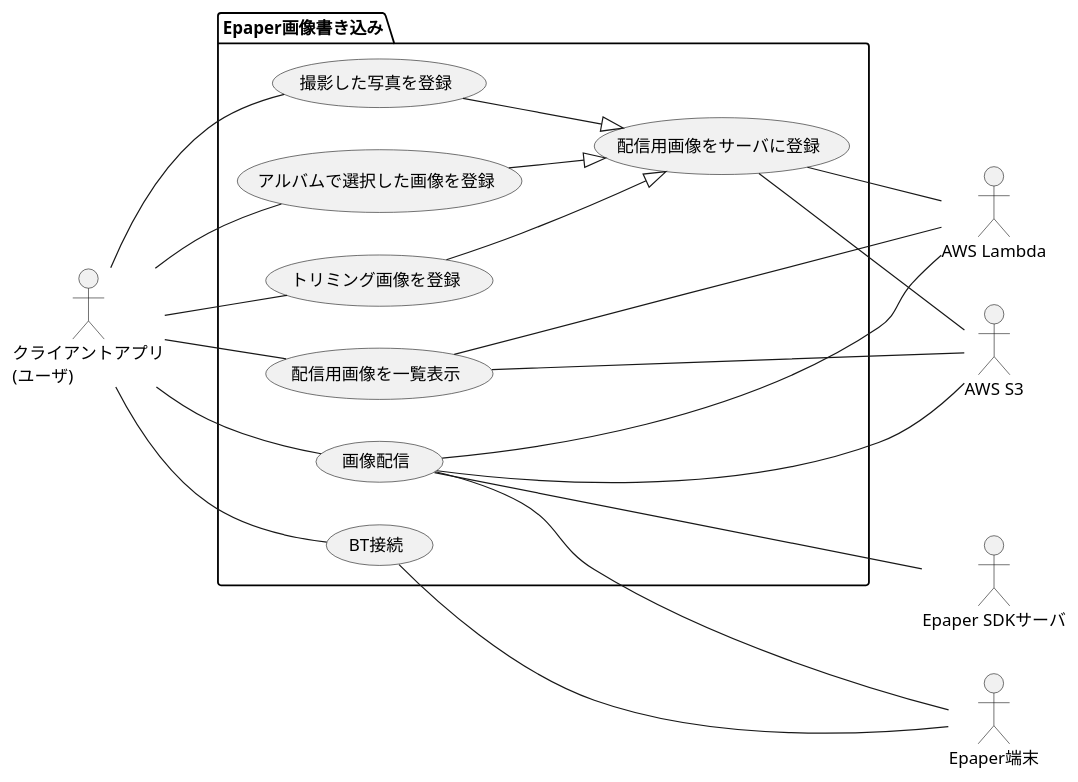
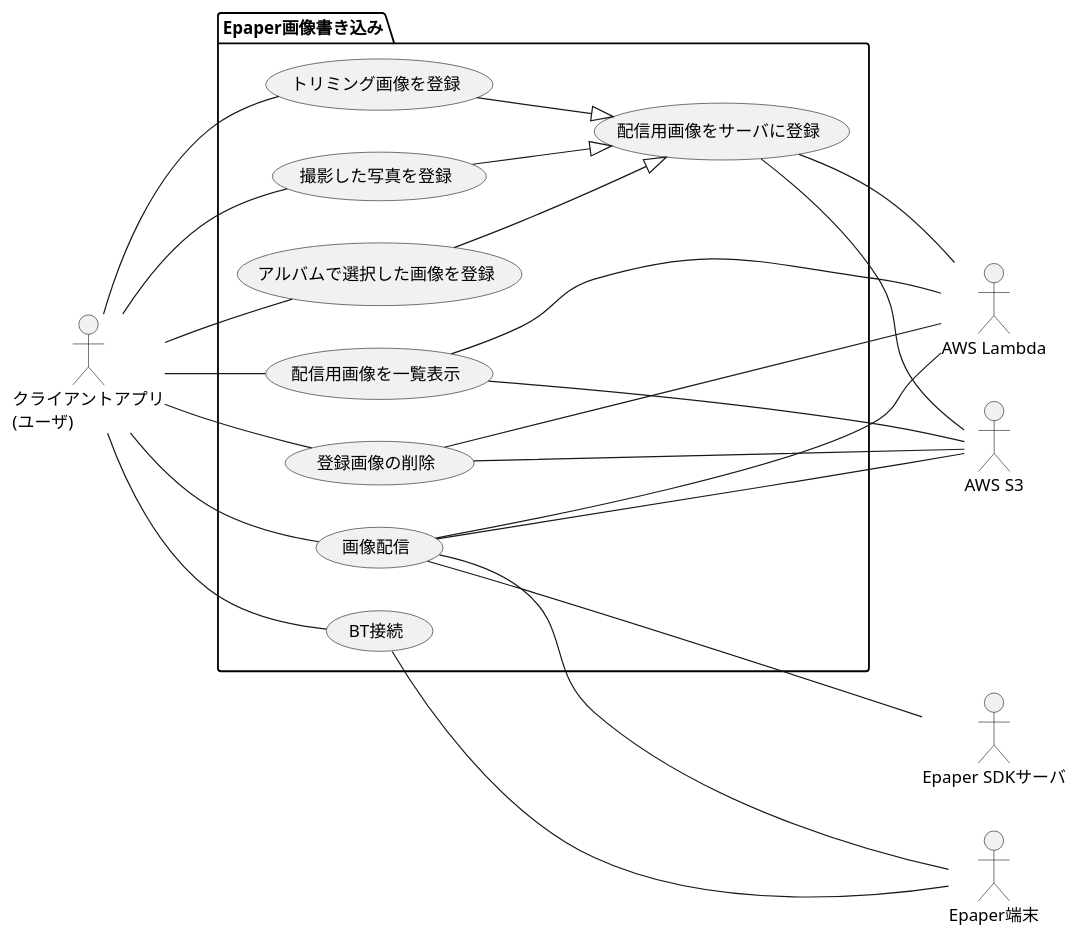
Before and after one commit to scdhub/E-Paper-App-Server-for-5.65: the diagram in uml/usecase/ESL_usecase.pu, drawn with PlantUML. The commit also changed 2 other files, not shown here.

```diff
--- a/uml/usecase/ESL_usecase.pu
+++ b/uml/usecase/ESL_usecase.pu
@@ -1,44 +1,48 @@
 @startuml ESL_ユースケース図
 left to right direction
 actor "クライアントアプリ\n(ユーザ)" as cltapp
 together {
     actor "AWS Lambda" as aws_lambda
     actor "AWS S3" as aws_s3
 }
 together {
     actor "Epaper SDKサーバ" as sdksrv
     actor "Epaper端末" as epaper
 }
 
 package "Epaper画像書き込み" {
     usecase 撮影した写真を登録 as register_camera
     usecase アルバムで選択した画像を登録 as register_album_picture
     usecase トリミング画像を登録 as register_trim_image
     usecase 配信用画像をサーバに登録 as register_image
     usecase 配信用画像を一覧表示 as view_images
+    usecase 登録画像の削除 as delete_images
     usecase 画像配信 as stream_image
     usecase BT接続 as connect_bt
     register_camera --|> register_image
     register_album_picture --|> register_image
     register_trim_image --|> register_image
 }
 cltapp -- register_camera
 cltapp -- register_album_picture
 cltapp -- register_trim_image
 cltapp -- view_images
+cltapp -- delete_images
 cltapp -- stream_image
 cltapp -- connect_bt
 
 register_image -- aws_lambda
 view_images -- aws_lambda
 stream_image -- aws_lambda
+delete_images -- aws_lambda
 
 view_images -- aws_s3
 register_image -- aws_s3
 stream_image -- aws_s3
+delete_images -- aws_s3
 
 stream_image --- sdksrv
 
 stream_image -- epaper
 connect_bt -- epaper
 @enduml
```
